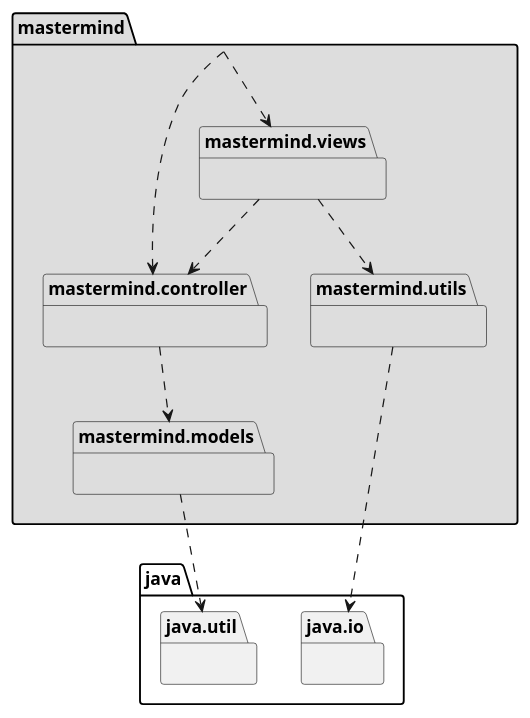
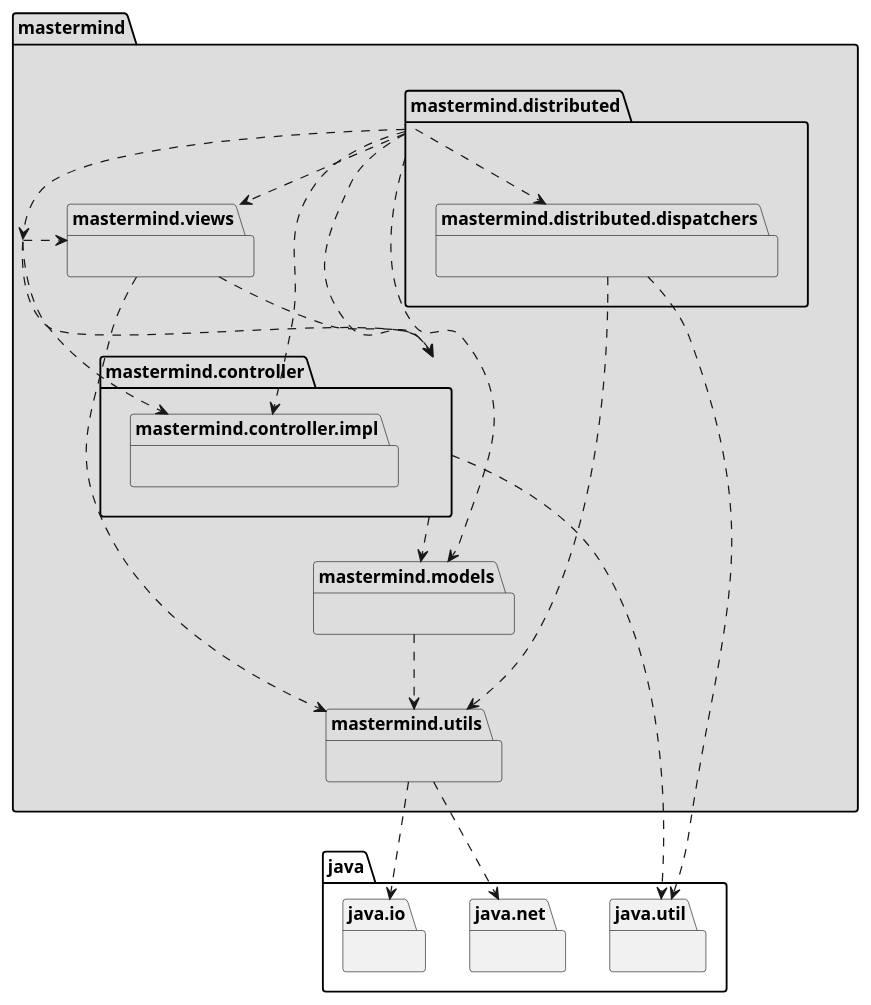
The diagram in docs/uml/MasterMindArquitecture.puml (zuldare/masterCloudURJC-1-calidad-softwar), drawn with PlantUML before and after one commit. The commit also changed 8 other files, not shown here.

```diff
--- a/docs/uml/MasterMindArquitecture.puml
+++ b/docs/uml/MasterMindArquitecture.puml
@@ -1,19 +1,37 @@
 @startuml
 
     package mastermind #DDDDDD { }
     package mastermind.models #DDDDDD { }
     package mastermind.controller #DDDDDD{ }
     package mastermind.views #DDDDDD { }
+    package mastermind.distributed #DDDDDD { }
+    package mastermind.distributed.dispatchers #DDDDDD { }
     package mastermind.utils #DDDDDD { }
+    package mastermind.controller.impl #DDDDDD {}
+    package java.net{}
     package java.util{ }
     package java.io{ }
 
+    mastermind.distributed .down.> mastermind
+    mastermind.distributed .down.> mastermind.views
+    mastermind.distributed .down.> mastermind.models
+    mastermind.distributed .down.> mastermind.controller
+    mastermind.distributed .down.> mastermind.controller.impl
+    mastermind.distributed .down.> mastermind.distributed.dispatchers
+
+    mastermind .down.> mastermind.controller.impl
     mastermind .down.> mastermind.controller
     mastermind .down.> mastermind.views
+
     mastermind.controller .down.> mastermind.models
+    mastermind.controller .down.> java.util
+
+    mastermind.models .down.> mastermind.utils
+    mastermind.utils .down.> java.io
+    mastermind.utils .down.> java.net
+    mastermind.views .down.> mastermind.utils
+    mastermind.distributed.dispatchers .down.> mastermind.utils
     mastermind.views .down.> mastermind.controller
-    mastermind.views .down.> mastermind.utils
-    mastermind.models .down.> java.util
-    mastermind.utils .down.> java.io
 
+    mastermind.distributed.dispatchers .down.> java.util
 @enduml
```
